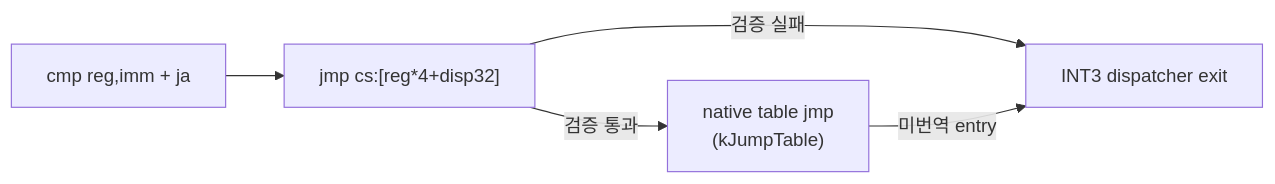
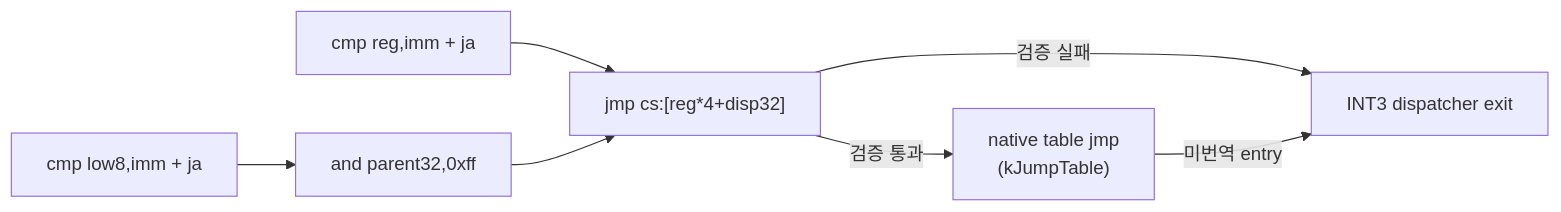
Diagram 18 of 31 in ARCHITECTURE.md (nworkers/rePIU), drawn with Mermaid before and after one commit. The commit also changed other lines of this file and 10 other files, not shown here.

````diff
--- a/ARCHITECTURE.md
+++ b/ARCHITECTURE.md
@@ -1198,7 +1207,9 @@
 ```mermaid
 flowchart LR
     G["cmp reg,imm + ja"] --> J["jmp cs:[reg*4+disp32]"]
+    B["cmp low8,imm + ja"] --> Z["and parent32,0xff"]
+    Z --> J
     J -->|"검증 통과"| N["native table jmp<br/>(kJumpTable)"]
     J -->|"검증 실패"| X["INT3 dispatcher exit"]
     N -->|"미번역 entry"| X
 ```
````
